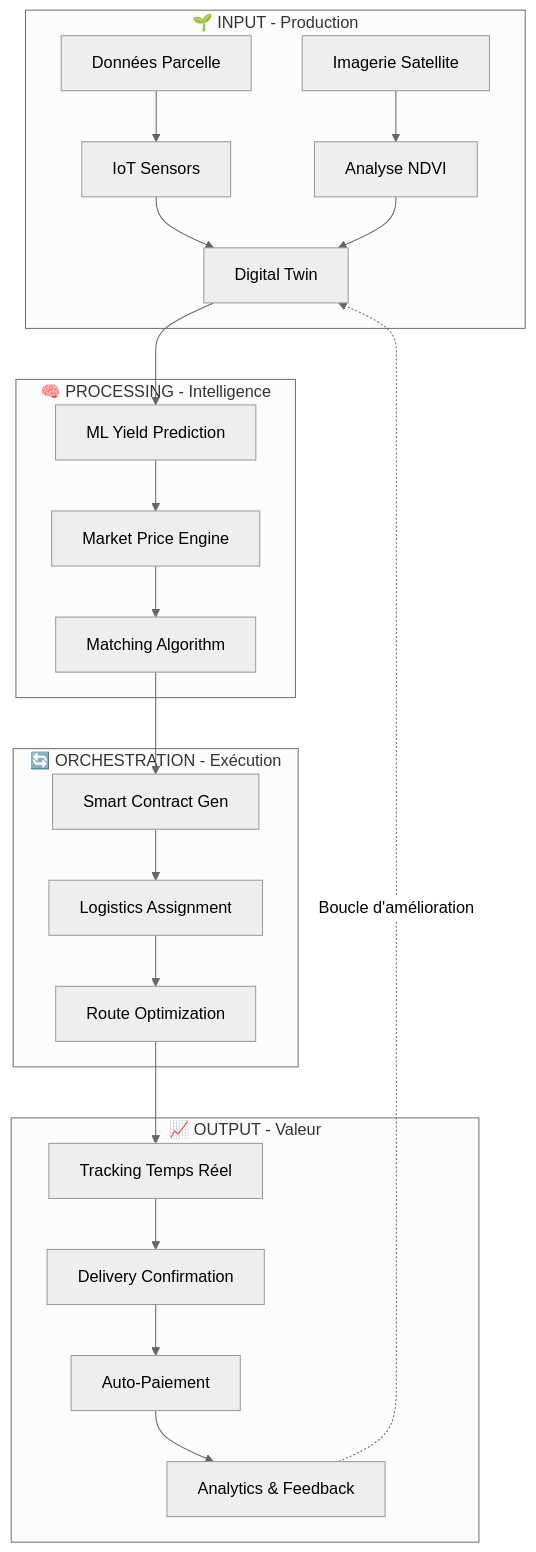
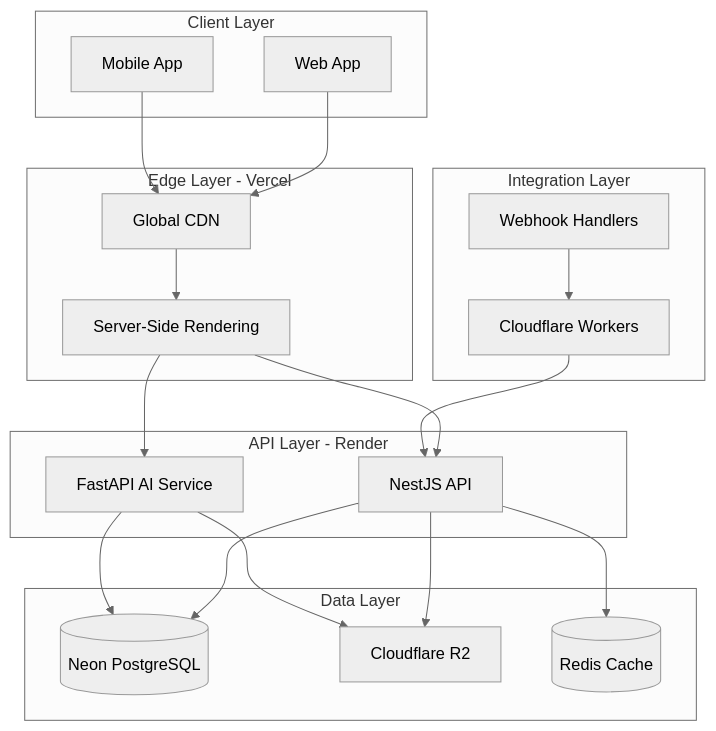
The diagram in README.md (Archimed-Anderson/AgriLogistic), drawn with Mermaid (neutral theme) before and after one commit. The commit also changed other lines of this file and 403 other files, not shown here.

````diff
--- a/README.md
+++ b/README.md
@@ -168,30 +254,41 @@
 ```mermaid
 graph TB
-    subgraph "🌱 INPUT - Production"
-        A[Données Parcelle] --> B[IoT Sensors]
-        C[Imagerie Satellite] --> D[Analyse NDVI]
-        B --> E[Digital Twin]
-        D --> E
+    subgraph "Client Layer"
+        Web[Web App]
+        Mobile[Mobile App]
     end
 
-    subgraph "🧠 PROCESSING - Intelligence"
-        E --> F[ML Yield Prediction]
-        F --> G[Market Price Engine]
-        G --> H[Matching Algorithm]
+    subgraph "Edge Layer - Vercel"
+        CDN[Global CDN]
+        SSR[Server-Side Rendering]
     end
 
-    subgraph "🔄 ORCHESTRATION - Exécution"
-        H --> I[Smart Contract Gen]
-        I --> J[Logistics Assignment]
-        J --> K[Route Optimization]
+    subgraph "API Layer - Render"
+        API[NestJS API]
+        AI[FastAPI AI Service]
     end
 
-    subgraph "📈 OUTPUT - Valeur"
-        K --> L[Tracking Temps Réel]
-        L --> M[Delivery Confirmation]
-        M --> N[Auto-Paiement]
-        N --> O[Analytics & Feedback]
+    subgraph "Data Layer"
+        DB[(Neon PostgreSQL)]
+        R2[Cloudflare R2]
+        Redis[(Redis Cache)]
     end
 
-    O -.->|Boucle d'amélioration| E
+    subgraph "Integration Layer"
+        Workers[Cloudflare Workers]
+        Webhooks[Webhook Handlers]
+    end
+
+    Web --> CDN
+    Mobile --> CDN
+    CDN --> SSR
+    SSR --> API
+    SSR --> AI
+    API --> DB
+    API --> R2
+    API --> Redis
+    AI --> DB
+    AI --> R2
+    Workers --> API
+    Webhooks --> Workers
 ```
````
